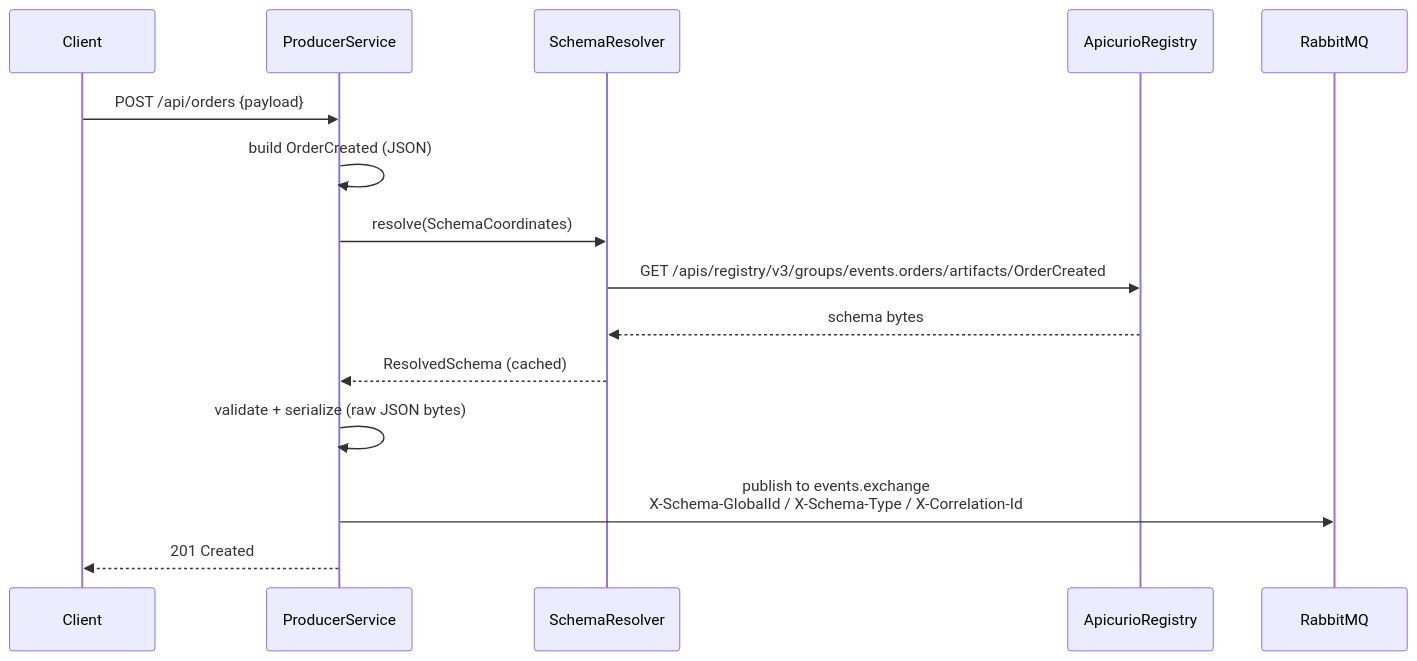
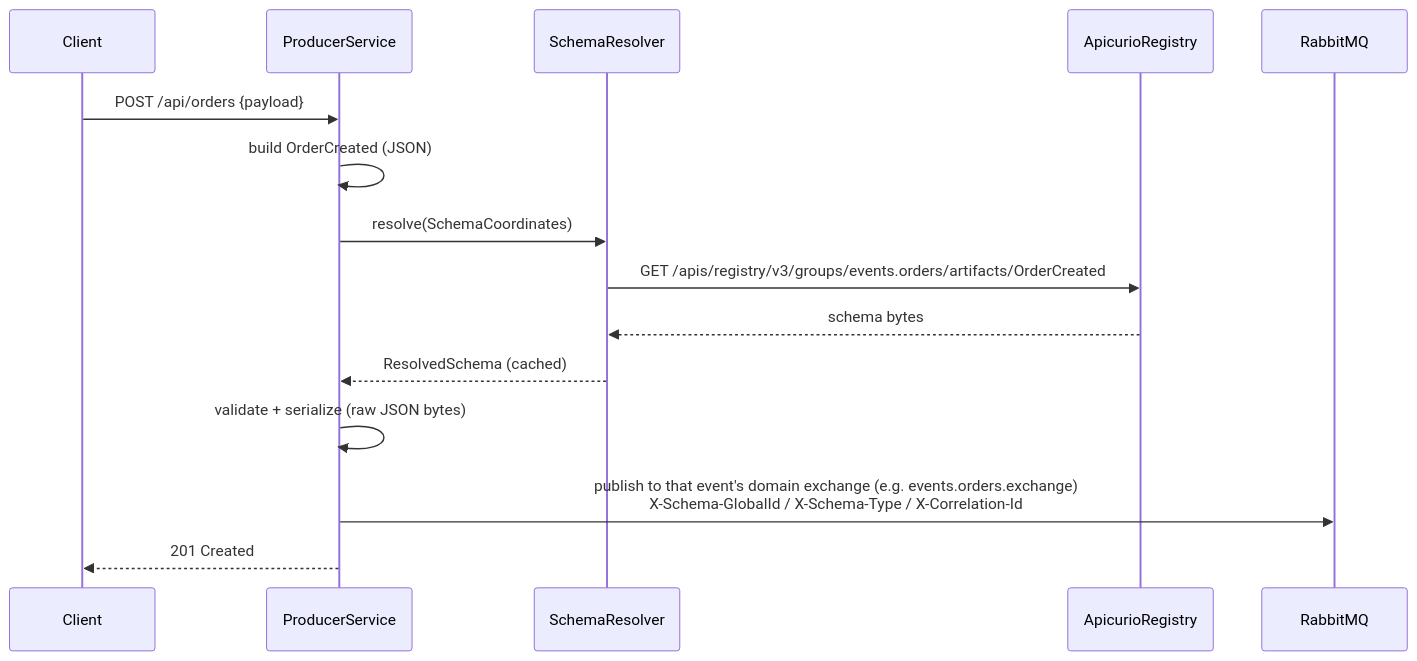
One commit to anarefin/schema-registry-demo changed the first of 4 diagrams in README.md. Above: the diagram before and after it, drawn with Mermaid. The commit also changed 37 other files, not shown here.

````diff
--- a/README.md
+++ b/README.md
@@ -215,18 +215,18 @@
 ```mermaid
 sequenceDiagram
     participant C as Client
     participant P as ProducerService
     participant R as SchemaResolver
     participant A as ApicurioRegistry
     participant MQ as RabbitMQ
 
     C->>P: POST /api/orders {payload}
     P->>P: build OrderCreated (JSON)
     P->>R: resolve(SchemaCoordinates)
     R->>A: GET /apis/registry/v3/groups/events.orders/artifacts/OrderCreated
     A-->>R: schema bytes
     R-->>P: ResolvedSchema (cached)
     P->>P: validate + serialize (raw JSON bytes)
-    P->>MQ: publish to events.exchange<br/>X-Schema-GlobalId / X-Schema-Type / X-Correlation-Id
+    P->>MQ: publish to that event's domain exchange (e.g. events.orders.exchange)<br/>X-Schema-GlobalId / X-Schema-Type / X-Correlation-Id
     P-->>C: 201 Created
 ```
````
